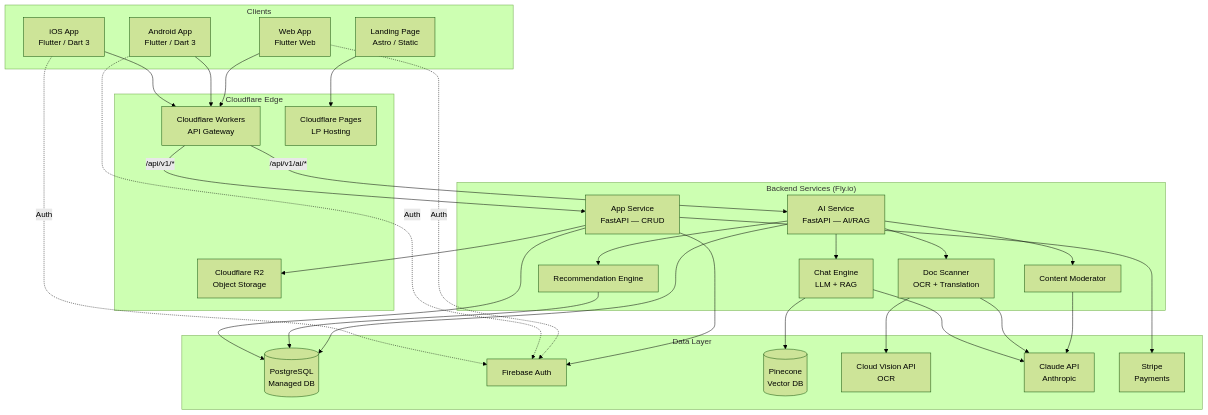
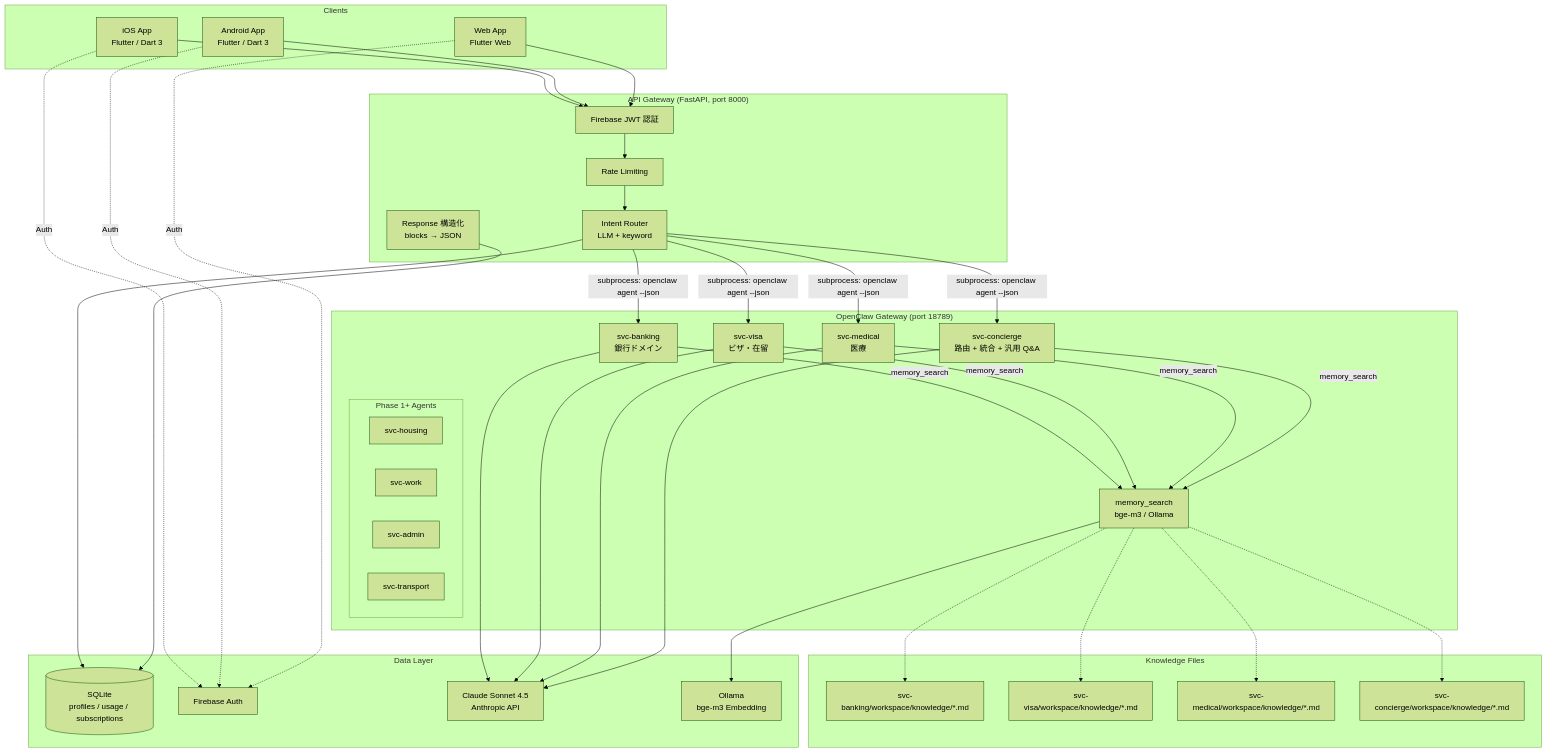
One commit to cjttca-cd/gaijin-life-navi changed the first of 5 diagrams in architecture/SYSTEM_DESIGN.md. Above: the diagram before and after it, drawn with Mermaid (forest theme). The commit also changed other lines of this file and 30 other files, not shown here.

````diff
--- a/architecture/SYSTEM_DESIGN.md
+++ b/architecture/SYSTEM_DESIGN.md
@@ -64,64 +61,79 @@
 ```mermaid
 graph TB
     subgraph Clients
         iOS[iOS App<br/>Flutter / Dart 3]
         Android[Android App<br/>Flutter / Dart 3]
         Web[Web App<br/>Flutter Web]
-        LP[Landing Page<br/>Astro / Static]
     end
 
-    subgraph Edge["Cloudflare Edge"]
-        CFW[Cloudflare Workers<br/>API Gateway]
-        R2[Cloudflare R2<br/>Object Storage]
-        Pages[Cloudflare Pages<br/>LP Hosting]
+    subgraph APIGateway["API Gateway (FastAPI, port 8000)"]
+        AuthMW[Firebase JWT 認証]
+        RateLimit[Rate Limiting]
+        Router[Intent Router<br/>LLM + keyword]
+        Structurizer[Response 構造化<br/>blocks → JSON]
     end
 
-    subgraph Backend["Backend Services (Fly.io)"]
-        AppAPI[App Service<br/>FastAPI — CRUD]
-        AIAPI[AI Service<br/>FastAPI — AI/RAG]
-        ChatEngine[Chat Engine<br/>LLM + RAG]
-        DocScanner[Doc Scanner<br/>OCR + Translation]
-        Moderator[Content Moderator]
-        Recommender[Recommendation Engine]
+    subgraph OCRuntime["OpenClaw Gateway (port 18789)"]
+        SvcConcierge[svc-concierge<br/>路由 + 統合 + 汎用 Q&A]
+        SvcBanking[svc-banking<br/>銀行ドメイン]
+        SvcVisa[svc-visa<br/>ビザ・在留]
+        SvcMedical[svc-medical<br/>医療]
+
+        subgraph Phase1["Phase 1+ Agents"]
+            SvcHousing[svc-housing]
+            SvcWork[svc-work]
+            SvcAdmin[svc-admin]
+            SvcTransport[svc-transport]
+        end
+
+        MemSearch[memory_search<br/>bge-m3 / Ollama]
     end
 
     subgraph DataLayer["Data Layer"]
-        PG[(PostgreSQL<br/>Managed DB)]
+        SQLite[(SQLite<br/>profiles / usage / subscriptions)]
         Firebase[Firebase Auth]
-        Pinecone[(Pinecone<br/>Vector DB)]
-        CloudVision[Cloud Vision API<br/>OCR]
-        Claude[Claude API<br/>Anthropic]
-        Stripe_S[Stripe<br/>Payments]
+        Claude[Claude Sonnet 4.5<br/>Anthropic API]
+        Ollama[Ollama<br/>bge-m3 Embedding]
     end
 
-    iOS --> CFW
-    Android --> CFW
-    Web --> CFW
-    LP --> Pages
+    subgraph Knowledge["Knowledge Files"]
+        KB_Banking[svc-banking/workspace/knowledge/*.md]
+        KB_Visa[svc-visa/workspace/knowledge/*.md]
+        KB_Medical[svc-medical/workspace/knowledge/*.md]
+        KB_Concierge[svc-concierge/workspace/knowledge/*.md]
+    end
+
+    iOS --> AuthMW
+    Android --> AuthMW
+    Web --> AuthMW
 
     iOS -.->|Auth| Firebase
     Android -.->|Auth| Firebase
     Web -.->|Auth| Firebase
 
-    CFW -->|/api/v1/*| AppAPI
-    CFW -->|/api/v1/ai/*| AIAPI
+    AuthMW --> RateLimit
+    RateLimit --> Router
+    Router -->|subprocess: openclaw agent --json| SvcConcierge
+    Router -->|subprocess: openclaw agent --json| SvcBanking
+    Router -->|subprocess: openclaw agent --json| SvcVisa
+    Router -->|subprocess: openclaw agent --json| SvcMedical
 
-    AppAPI --> PG
-    AppAPI --> Stripe_S
-    AppAPI --> R2
-    AppAPI --> Firebase
+    SvcBanking -->|memory_search| MemSearch
+    SvcVisa -->|memory_search| MemSearch
+    SvcMedical -->|memory_search| MemSearch
+    SvcConcierge -->|memory_search| MemSearch
 
-    AIAPI --> ChatEngine
-    AIAPI --> DocScanner
-    AIAPI --> Moderator
-    AIAPI --> Recommender
+    MemSearch --> Ollama
+    SvcBanking --> Claude
+    SvcVisa --> Claude
+    SvcMedical --> Claude
+    SvcConcierge --> Claude
 
-    ChatEngine --> Claude
-    ChatEngine --> Pinecone
-    DocScanner --> CloudVision
-    DocScanner --> Claude
-    Moderator --> Claude
-    Recommender --> PG
+    MemSearch -.-> KB_Banking
+    MemSearch -.-> KB_Visa
+    MemSearch -.-> KB_Medical
+    MemSearch -.-> KB_Concierge
 
-    AIAPI --> PG
+    Router --> SQLite
+    Structurizer --> SQLite
 ```
````
